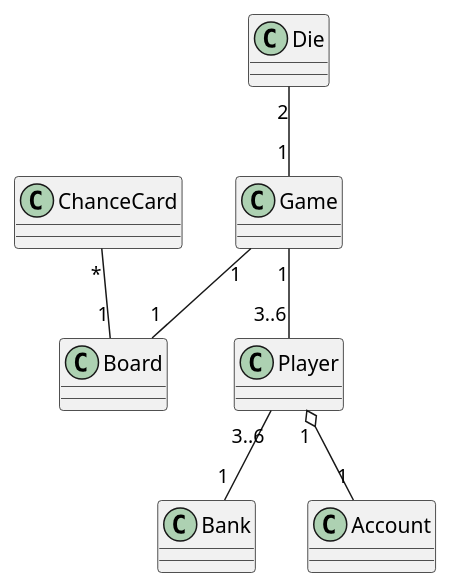
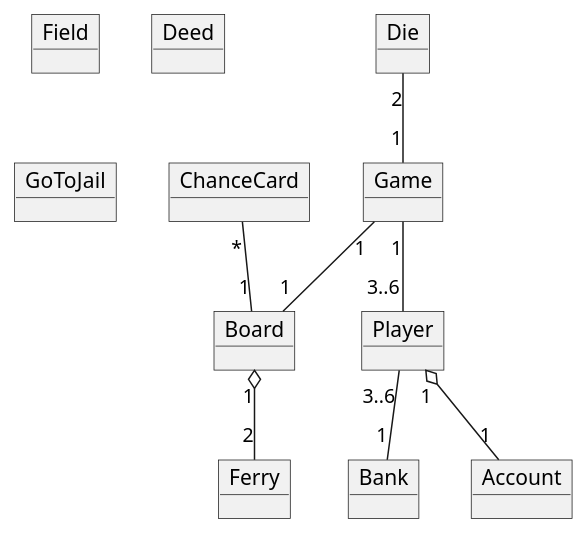
Before and after one commit to christianhyltoft/GAMEassignment: the diagram in UML/Domainmodel.puml, drawn with PlantUML.

Commit message:
Opdateret klassediagram

```diff
--- a/UML/Domainmodel.puml
+++ b/UML/Domainmodel.puml
@@ -1,28 +1,38 @@
 @startuml
 'https://plantuml.com/class-diagram
 
 
-class Board {
+object Board {
 }
-class Bank {
+object Bank {
 }
-class Player{
+object Player{
 }
-class Account {
+object Account {
 }
-class Game {
+object Game {
 }
-class ChanceCard {
+object ChanceCard {
 }
-class Die {
+object Die {
 }
+object Field{
+}
+object Ferry{
+}
+object Deed{
+
+}
+object GoToJail
+
 
 Player "3..6" -- "1" Bank
 Player "1" o-- "1" Account
 Die "2" -- "1" Game
 Game "1" -- "3..6" Player
 Game "1" -- "1" Board
 ChanceCard "*" -- "1" Board
+Board "1" o-- "2" Ferry
 
 
 @enduml
```
